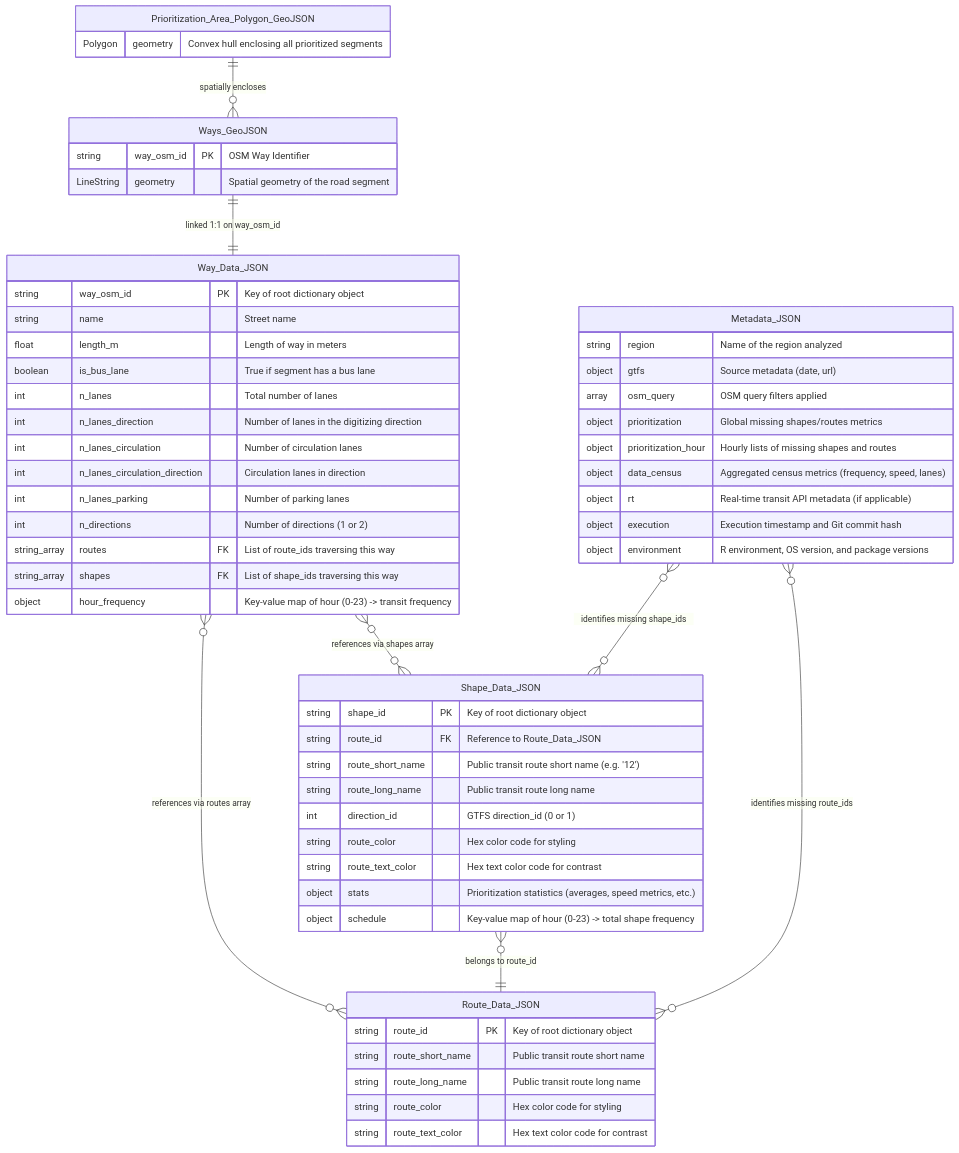
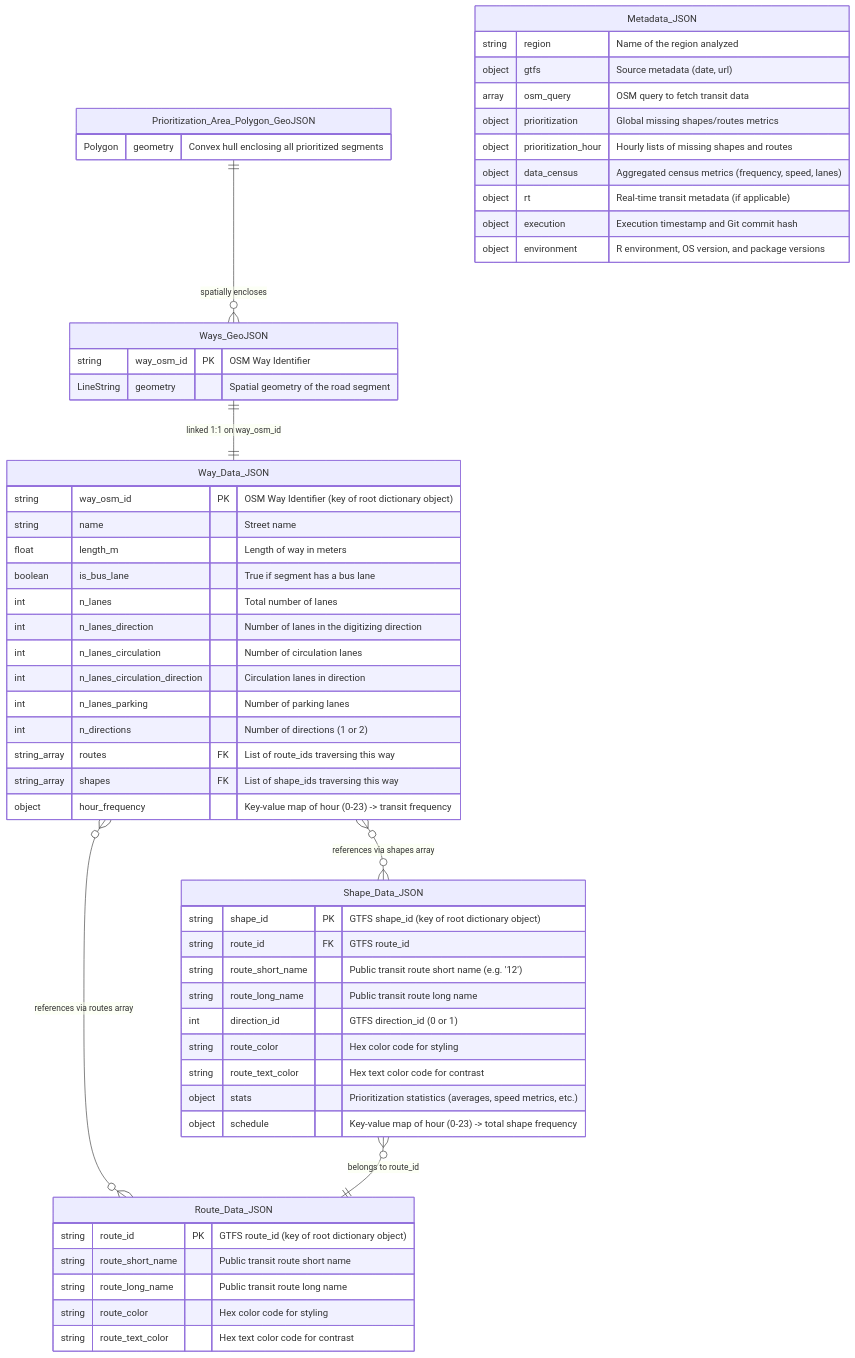
The diagram in scripts/02_prioritize/relational_model.md (U-Shift/GTFShift-web), drawn with Mermaid before and after one commit.

Commit message:
prioritize relational model diagram improvements

````diff
--- a/scripts/02_prioritize/relational_model.md
+++ b/scripts/02_prioritize/relational_model.md
@@ -24,71 +24,69 @@
 ```mermaid
 erDiagram
     %% Entities and Attributes
 
     Prioritization_Area_Polygon_GeoJSON {
         Polygon geometry "Convex hull enclosing all prioritized segments"
     }
 
     Ways_GeoJSON {
         string way_osm_id PK "OSM Way Identifier"
         LineString geometry "Spatial geometry of the road segment"
     }
 
     Way_Data_JSON {
-        string way_osm_id PK "Key of root dictionary object"
+        string way_osm_id PK "OSM Way Identifier (key of root dictionary object)"
         string name "Street name"
         float length_m "Length of way in meters"
         boolean is_bus_lane "True if segment has a bus lane"
         int n_lanes "Total number of lanes"
         int n_lanes_direction "Number of lanes in the digitizing direction"
         int n_lanes_circulation "Number of circulation lanes"
         int n_lanes_circulation_direction "Circulation lanes in direction"
         int n_lanes_parking "Number of parking lanes"
         int n_directions "Number of directions (1 or 2)"
         string_array routes FK "List of route_ids traversing this way"
         string_array shapes FK "List of shape_ids traversing this way"
         object hour_frequency "Key-value map of hour (0-23) -> transit frequency"
     }
 
     Shape_Data_JSON {
-        string shape_id PK "Key of root dictionary object"
-        string route_id FK "Reference to Route_Data_JSON"
+        string shape_id PK "GTFS shape_id (key of root dictionary object)"
+        string route_id FK "GTFS route_id"
         string route_short_name "Public transit route short name (e.g. '12')"
         string route_long_name "Public transit route long name"
         int direction_id "GTFS direction_id (0 or 1)"
         string route_color "Hex color code for styling"
         string route_text_color "Hex text color code for contrast"
         object stats "Prioritization statistics (averages, speed metrics, etc.)"
         object schedule "Key-value map of hour (0-23) -> total shape frequency"
     }
 
     Route_Data_JSON {
-        string route_id PK "Key of root dictionary object"
+        string route_id PK "GTFS route_id (key of root dictionary object)"
         string route_short_name "Public transit route short name"
         string route_long_name "Public transit route long name"
         string route_color "Hex color code for styling"
         string route_text_color "Hex text color code for contrast"
     }
 
     Metadata_JSON {
         string region "Name of the region analyzed"
         object gtfs "Source metadata (date, url)"
-        array osm_query "OSM query filters applied"
+        array osm_query "OSM query to fetch transit data"
         object prioritization "Global missing shapes/routes metrics"
         object prioritization_hour "Hourly lists of missing shapes and routes"
         object data_census "Aggregated census metrics (frequency, speed, lanes)"
-        object rt "Real-time transit API metadata (if applicable)"
+        object rt "Real-time transit metadata (if applicable)"
         object execution "Execution timestamp and Git commit hash"
         object environment "R environment, OS version, and package versions"
     }
 
     %% Relationships
 
     Prioritization_Area_Polygon_GeoJSON ||--o{ Ways_GeoJSON : "spatially encloses"
     Ways_GeoJSON ||--|| Way_Data_JSON : "linked 1:1 on way_osm_id"
     Way_Data_JSON }o--o{ Route_Data_JSON : "references via routes array"
     Way_Data_JSON }o--o{ Shape_Data_JSON : "references via shapes array"
     Shape_Data_JSON }o--|| Route_Data_JSON : "belongs to route_id"
-    Metadata_JSON }o--o{ Shape_Data_JSON : "identifies missing shape_ids"
-    Metadata_JSON }o--o{ Route_Data_JSON : "identifies missing route_ids"
 ```
````
